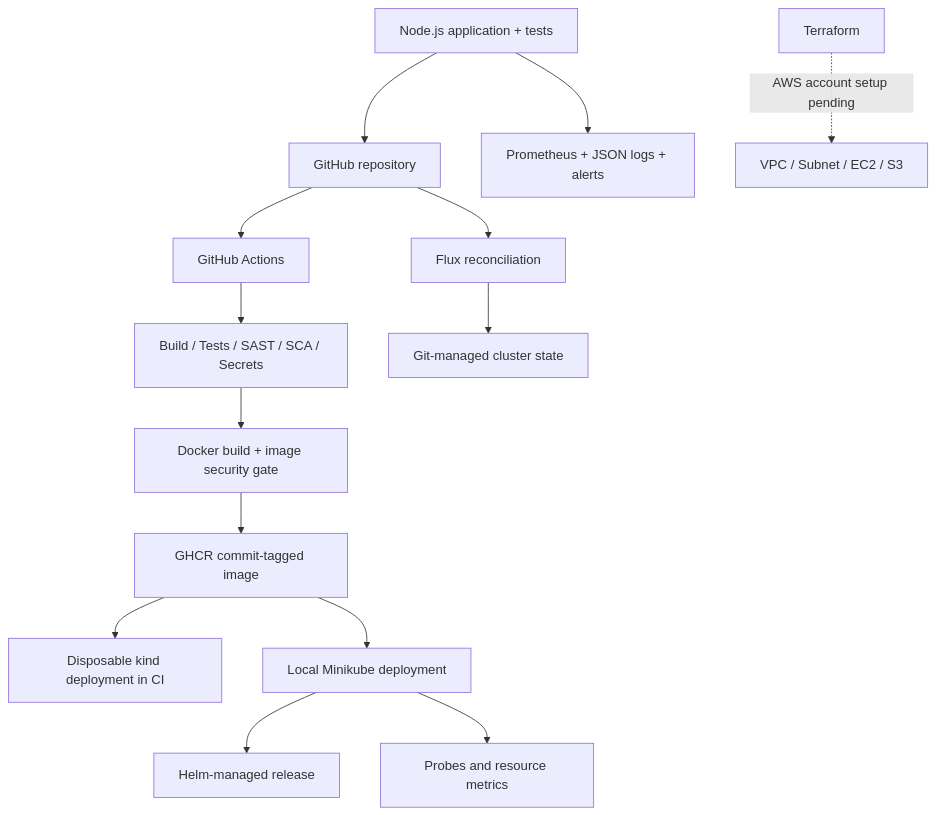
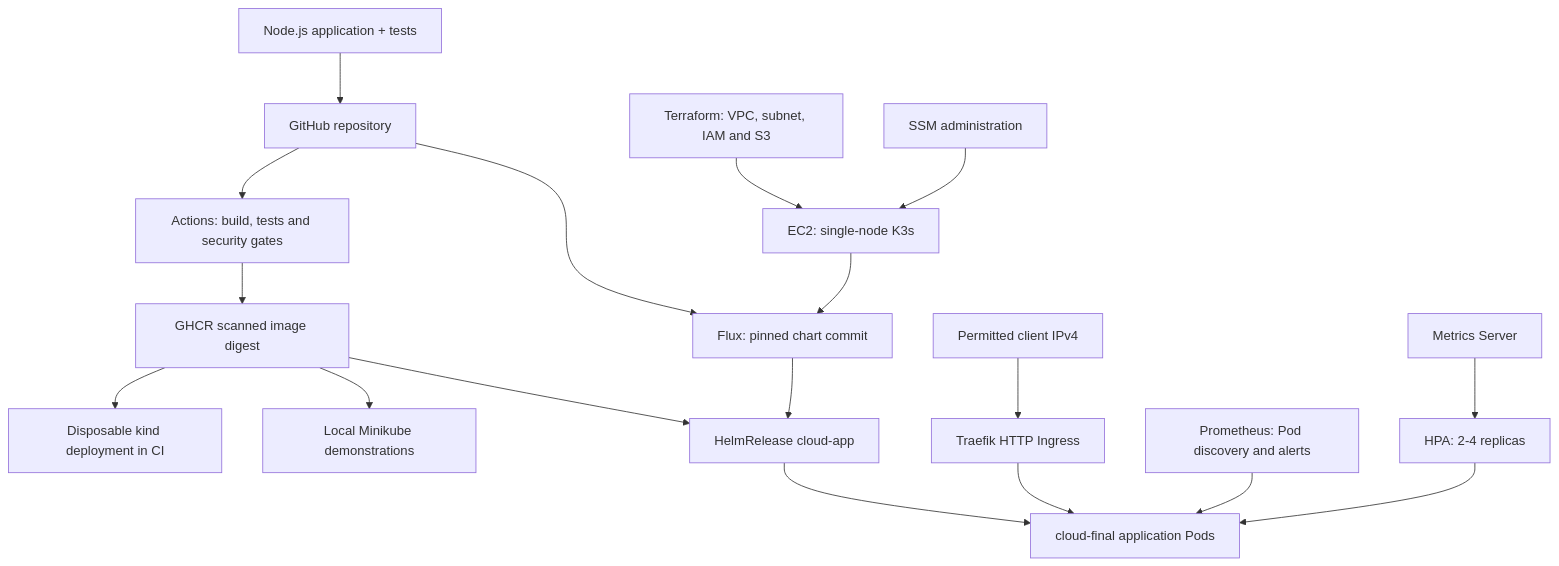
One commit to ReaperXD67/devops-homework changed the diagram in final-devops-project/README.md. Above: the diagram before and after it, drawn with Mermaid. The commit also changed other lines of this file and 21 other files, not shown here.

````diff
--- a/final-devops-project/README.md
+++ b/final-devops-project/README.md
@@ -9,16 +9,20 @@
 ```mermaid
 flowchart TD
   S[Node.js application + tests] --> G[GitHub repository]
-  G --> C[GitHub Actions]
-  C --> Q[Build / Tests / SAST / SCA / Secrets]
-  Q --> I[Docker build + image security gate]
-  I --> R[GHCR commit-tagged image]
+  G --> C[Actions: build, tests and security gates]
+  C --> R[GHCR scanned image digest]
   R --> CI[Disposable kind deployment in CI]
-  R --> K[Local Minikube deployment]
-  K --> H[Helm-managed release]
-  K --> P[Probes and resource metrics]
-  S --> M[Prometheus + JSON logs + alerts]
-  G --> F[Flux reconciliation]
-  F --> D[Git-managed cluster state]
-  T[Terraform] -. AWS account setup pending .-> A[VPC / Subnet / EC2 / S3]
+  R --> L[Local Minikube demonstrations]
+  T[Terraform: VPC, subnet, IAM and S3] --> E[EC2: single-node K3s]
+  G --> F[Flux: pinned chart commit]
+  E --> F
+  F --> H[HelmRelease cloud-app]
+  R --> H
+  H --> A[cloud-final application Pods]
+  U[Permitted client IPv4] --> I[Traefik HTTP Ingress]
+  I --> A
+  P[Prometheus: Pod discovery and alerts] --> A
+  M[Metrics Server] --> HP[HPA: 2-4 replicas]
+  HP --> A
+  SSM[SSM administration] --> E
 ```
````
